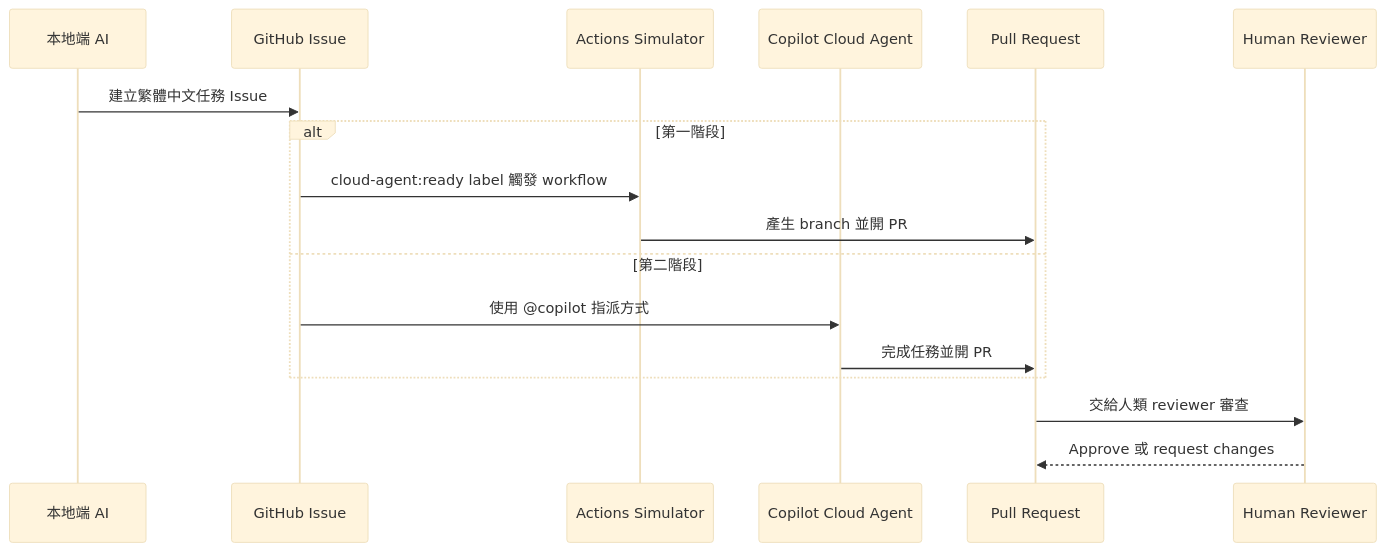
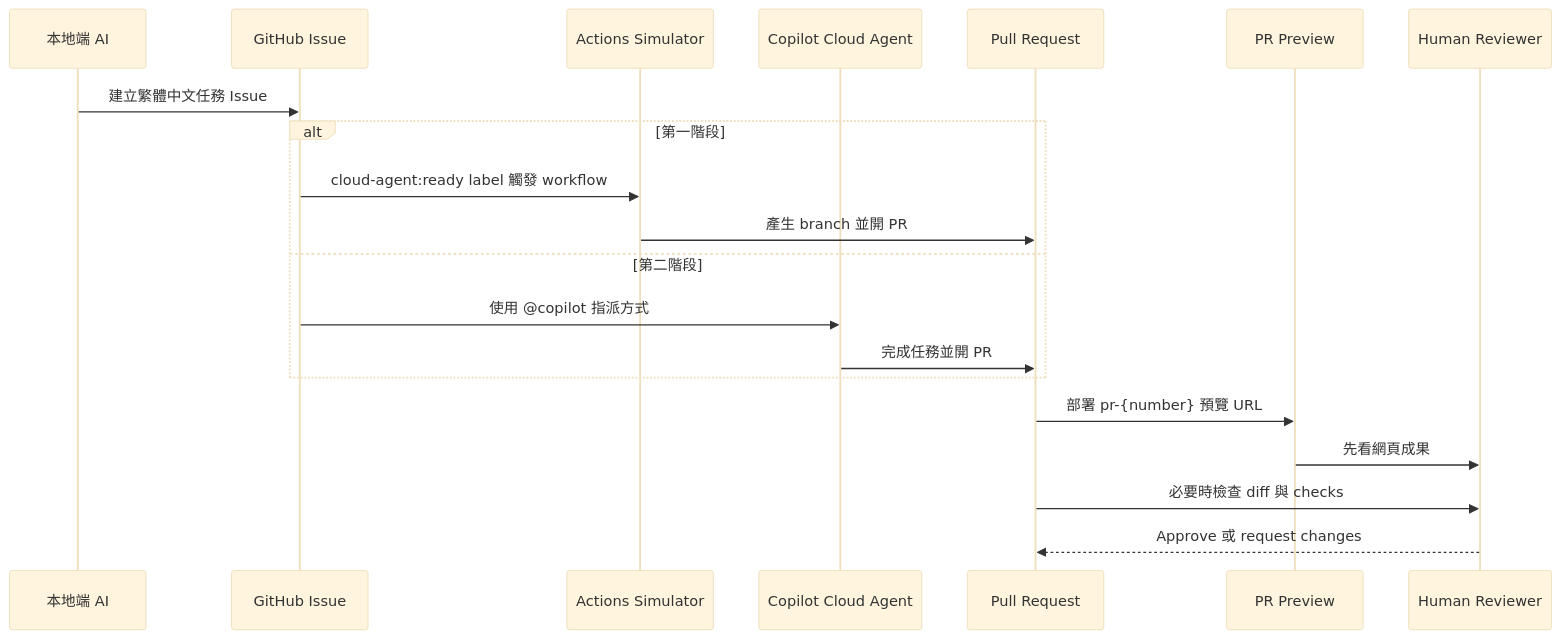
Before and after one commit to IISI-2112007/ai-coding-solved-demo: the diagram in docs/operation-flow.md, drawn with Mermaid (base theme). The commit also changed other lines of this file and 13 other files, not shown here.

````diff
--- a/docs/operation-flow.md
+++ b/docs/operation-flow.md
@@ -24,20 +25,23 @@
 ```mermaid
 sequenceDiagram
     participant LocalAI as 本地端 AI
     participant Issue as GitHub Issue
     participant Simulator as Actions Simulator
     participant Copilot as Copilot Cloud Agent
     participant PR as Pull Request
+    participant Preview as PR Preview
     participant Human as Human Reviewer
 
     LocalAI->>Issue: 建立繁體中文任務 Issue
     alt 第一階段
         Issue->>Simulator: cloud-agent:ready label 觸發 workflow
         Simulator->>PR: 產生 branch 並開 PR
     else 第二階段
         Issue->>Copilot: 使用 @copilot 指派方式
         Copilot->>PR: 完成任務並開 PR
     end
-    PR->>Human: 交給人類 reviewer 審查
+    PR->>Preview: 部署 pr-{number} 預覽 URL
+    Preview->>Human: 先看網頁成果
+    PR->>Human: 必要時檢查 diff 與 checks
     Human-->>PR: Approve 或 request changes
 ```
````
